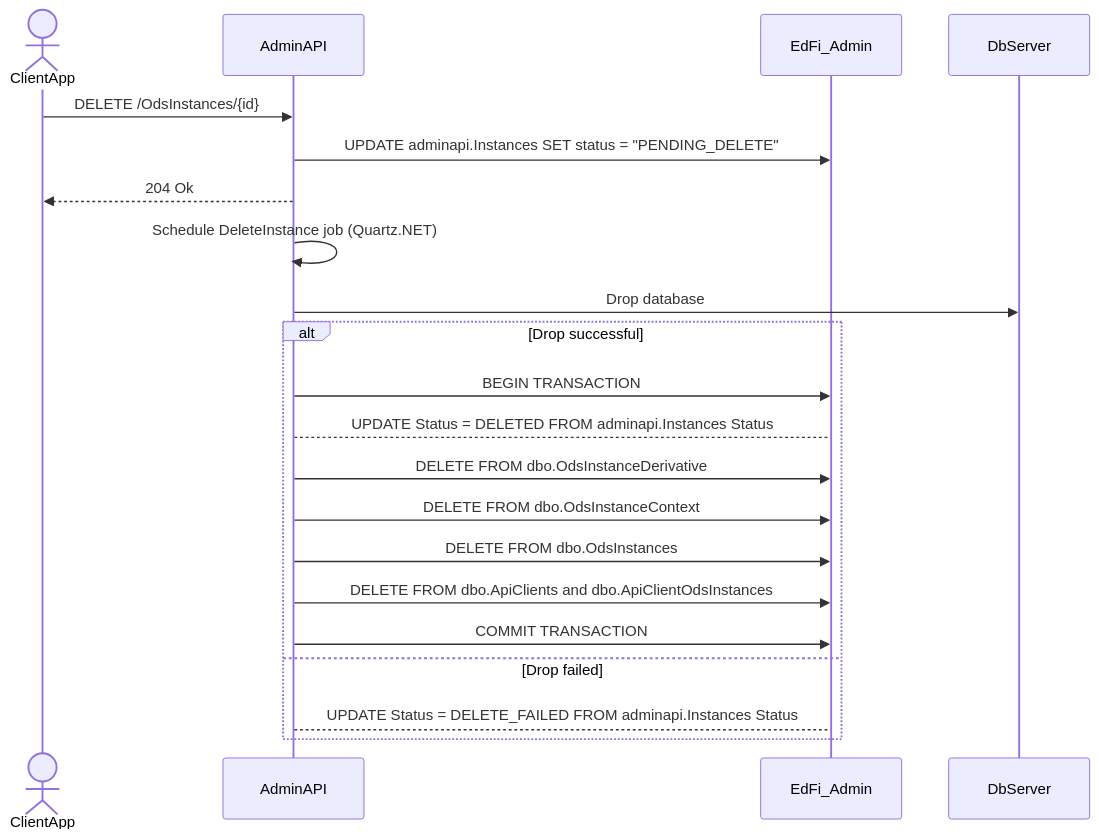
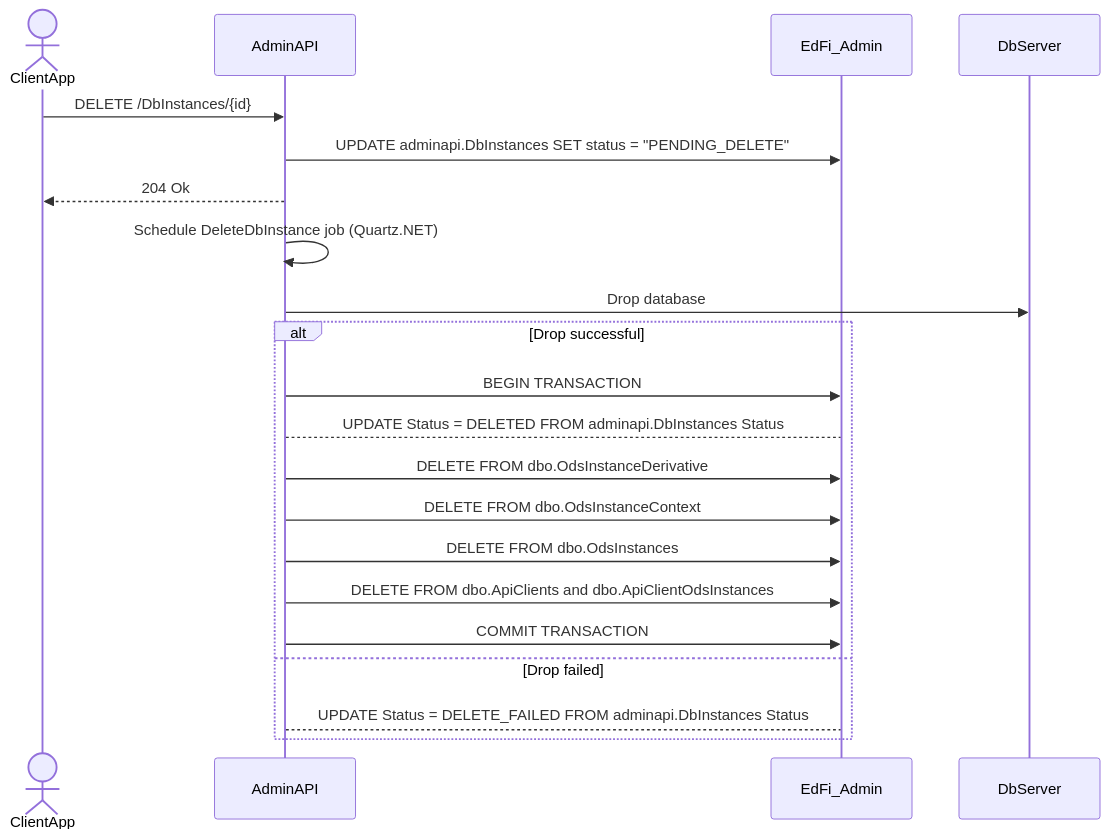
One commit to Ed-Fi-Alliance-OSS/ODS-Admin-API changed the third of 3 diagrams in docs/design/INSTANCE-MANAGEMENT.md. Above: the diagram before and after it, drawn with Mermaid. The commit also changed other lines of this file and 1 other file, not shown here.

Commit message:
Rename to DbInstances

````diff
--- a/docs/design/INSTANCE-MANAGEMENT.md
+++ b/docs/design/INSTANCE-MANAGEMENT.md
@@ -102,26 +105,26 @@
 ```mermaid
 sequenceDiagram
     actor ClientApp
     participant AdminAPI
     participant EdFi_Admin
     participant DbServer
 
-    ClientApp ->> AdminAPI: DELETE /OdsInstances/{id}
-    AdminAPI ->> EdFi_Admin: UPDATE adminapi.Instances SET status = "PENDING_DELETE"
+    ClientApp ->> AdminAPI: DELETE /DbInstances/{id}
+    AdminAPI ->> EdFi_Admin: UPDATE adminapi.DbInstances SET status = "PENDING_DELETE"
     AdminAPI -->> ClientApp: 204 Ok
 
-    AdminAPI ->> AdminAPI: Schedule DeleteInstance job (Quartz.NET)
+    AdminAPI ->> AdminAPI: Schedule DeleteDbInstance job (Quartz.NET)
     AdminAPI ->> DbServer: Drop database
 
     alt Drop successful
         AdminAPI ->> EdFi_Admin: BEGIN TRANSACTION
-        AdminAPI --> EdFi_Admin: UPDATE Status = DELETED FROM adminapi.Instances Status
+        AdminAPI --> EdFi_Admin: UPDATE Status = DELETED FROM adminapi.DbInstances Status
         AdminAPI ->> EdFi_Admin: DELETE FROM dbo.OdsInstanceDerivative
         AdminAPI ->> EdFi_Admin: DELETE FROM dbo.OdsInstanceContext
         AdminAPI ->> EdFi_Admin: DELETE FROM dbo.OdsInstances
         AdminAPI ->> EdFi_Admin: DELETE FROM dbo.ApiClients and dbo.ApiClientOdsInstances
         AdminAPI ->> EdFi_Admin: COMMIT TRANSACTION
     else Drop failed
-        AdminAPI --> EdFi_Admin: UPDATE Status = DELETE_FAILED FROM adminapi.Instances Status
+        AdminAPI --> EdFi_Admin: UPDATE Status = DELETE_FAILED FROM adminapi.DbInstances Status
     end
 ```
````
